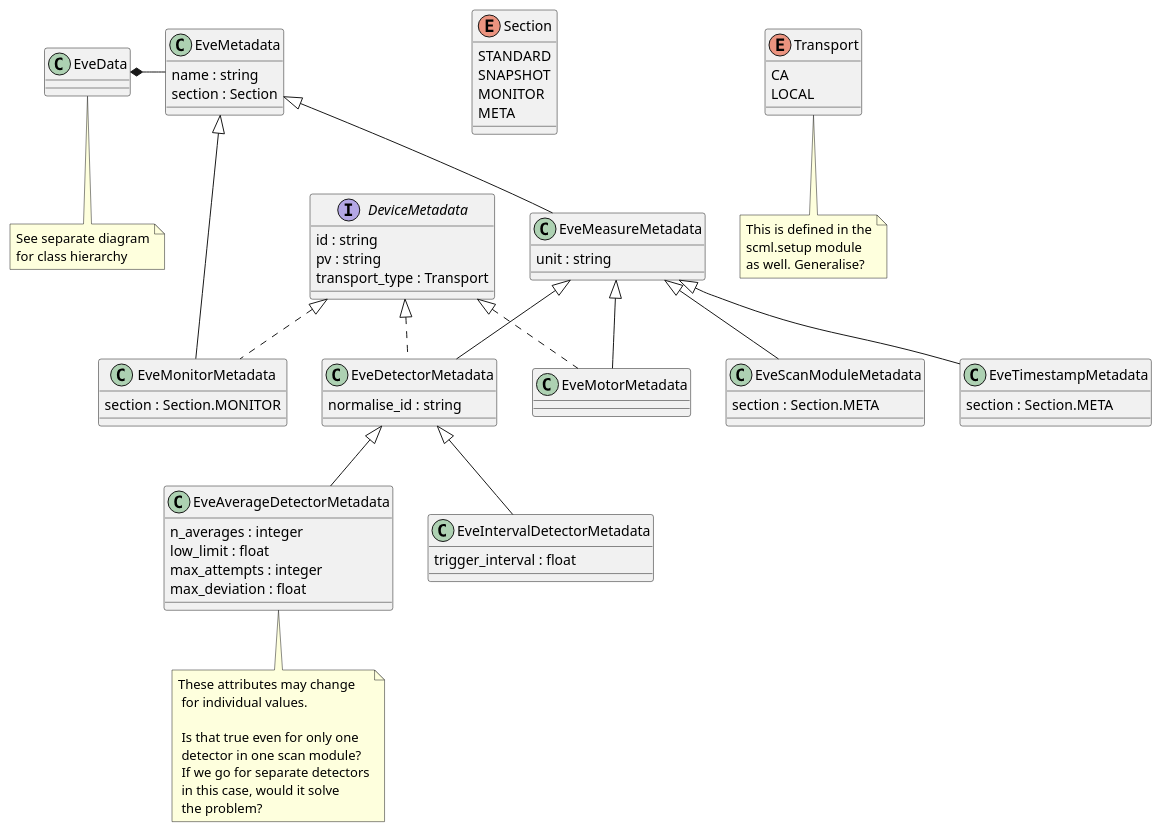
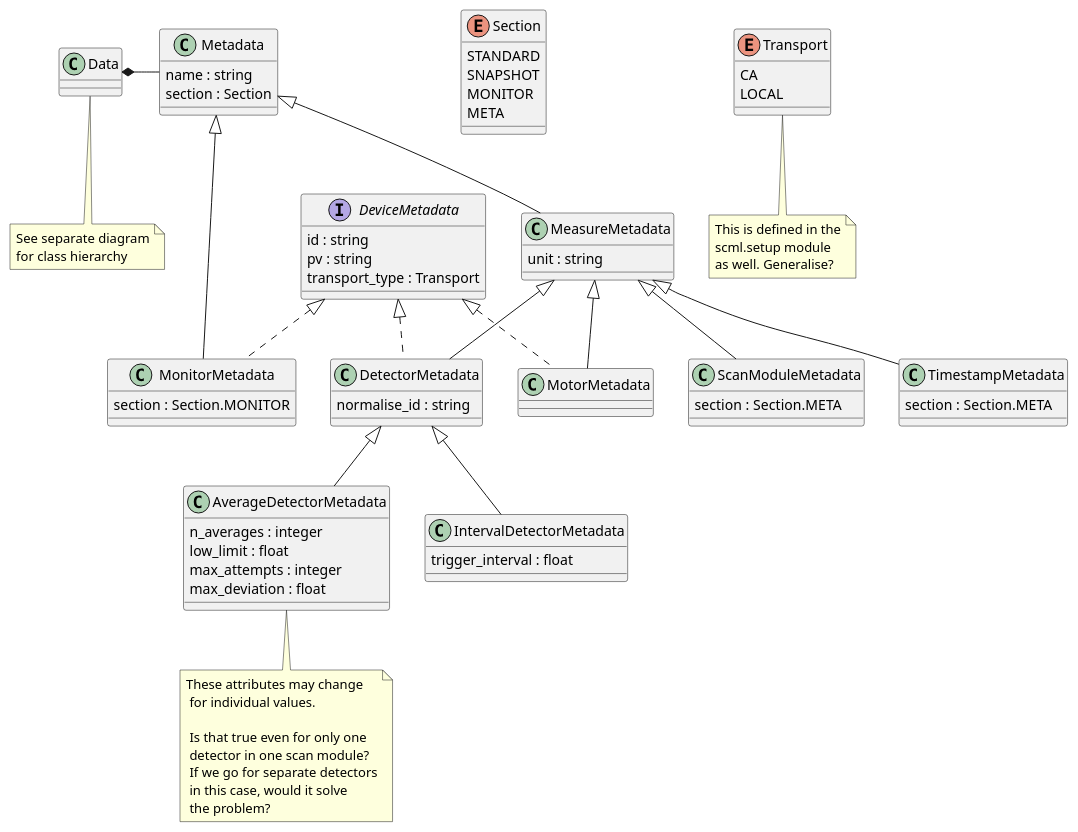
Before and after one commit to tillbiskup/evedata: the diagram in docs/uml/evedata.evefile.metadata.puml, drawn with PlantUML. The commit also changed 5 other files, not shown here.

Commit message:
Remove "Eve" prefix on evedata.evefile.data and evedata.evefile.metadata classes

```diff
--- a/docs/uml/evedata.evefile.metadata.puml
+++ b/docs/uml/evedata.evefile.metadata.puml
@@ -1,85 +1,85 @@
 @startuml
 
-class EveMetadata {
+class Metadata {
     name : string
     section : Section
 }
 
-class EveData {
+class Data {
 }
 note bottom: See separate diagram\nfor class hierarchy
 
 enum Section {
     STANDARD
     SNAPSHOT
     MONITOR
     META
 }
 
 enum Transport {
     CA
     LOCAL
 }
 note bottom: This is defined in the\nscml.setup module\nas well. Generalise?
 
 interface DeviceMetadata {
     id : string
     pv : string
     transport_type : Transport
 }
 
-class EveMeasureMetadata {
+class MeasureMetadata {
     unit : string
 }
 
-class EveMonitorMetadata implements DeviceMetadata {
+class MonitorMetadata implements DeviceMetadata {
     section : Section.MONITOR
 }
 
-class EveMotorMetadata implements DeviceMetadata  {
+class MotorMetadata implements DeviceMetadata  {
 }
 
-class EveDetectorMetadata implements DeviceMetadata  {
+class DetectorMetadata implements DeviceMetadata  {
     normalise_id : string
 }
 
-class EveTimestampMetadata {
+class TimestampMetadata {
     section : Section.META
 }
 
-class EveScanModuleMetadata {
+class ScanModuleMetadata {
     section : Section.META
 }
 
-class EveAverageDetectorMetadata {
+class AverageDetectorMetadata {
     n_averages : integer
     low_limit : float
     max_attempts : integer
     max_deviation : float
 }
 note bottom
     These attributes may change
      for individual values.
 
      Is that true even for only one
      detector in one scan module?
      If we go for separate detectors
      in this case, would it solve
      the problem?
 end note
 
-class EveIntervalDetectorMetadata {
+class IntervalDetectorMetadata {
     trigger_interval : float
 }
 
-EveData *- EveMetadata
-EveMetadata <|-- EveMeasureMetadata
-EveMetadata <|-- EveMonitorMetadata
-EveMeasureMetadata <|-- EveDetectorMetadata
-EveMeasureMetadata <|-- EveMotorMetadata
-EveMeasureMetadata <|-- EveTimestampMetadata
-EveMeasureMetadata <|-- EveScanModuleMetadata
-EveDetectorMetadata <|-- EveAverageDetectorMetadata
-EveDetectorMetadata <|-- EveIntervalDetectorMetadata
+Data *- Metadata
+Metadata <|-- MeasureMetadata
+Metadata <|-- MonitorMetadata
+MeasureMetadata <|-- DetectorMetadata
+MeasureMetadata <|-- MotorMetadata
+MeasureMetadata <|-- TimestampMetadata
+MeasureMetadata <|-- ScanModuleMetadata
+DetectorMetadata <|-- AverageDetectorMetadata
+DetectorMetadata <|-- IntervalDetectorMetadata
 
 @enduml
```
